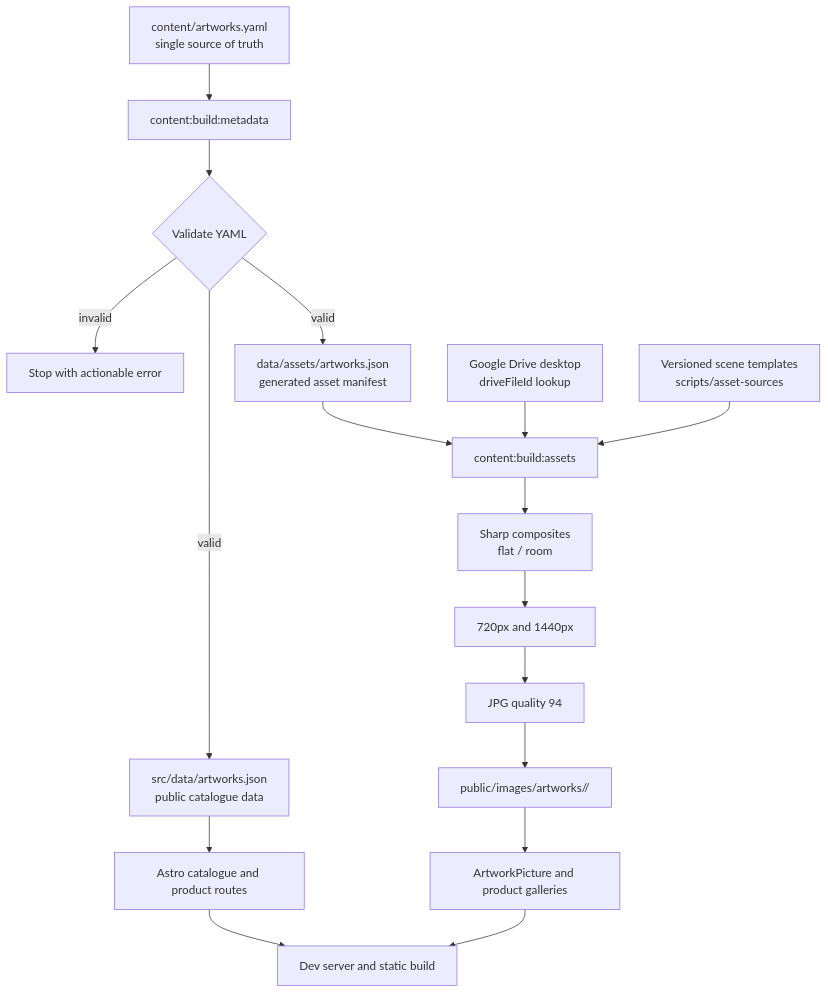
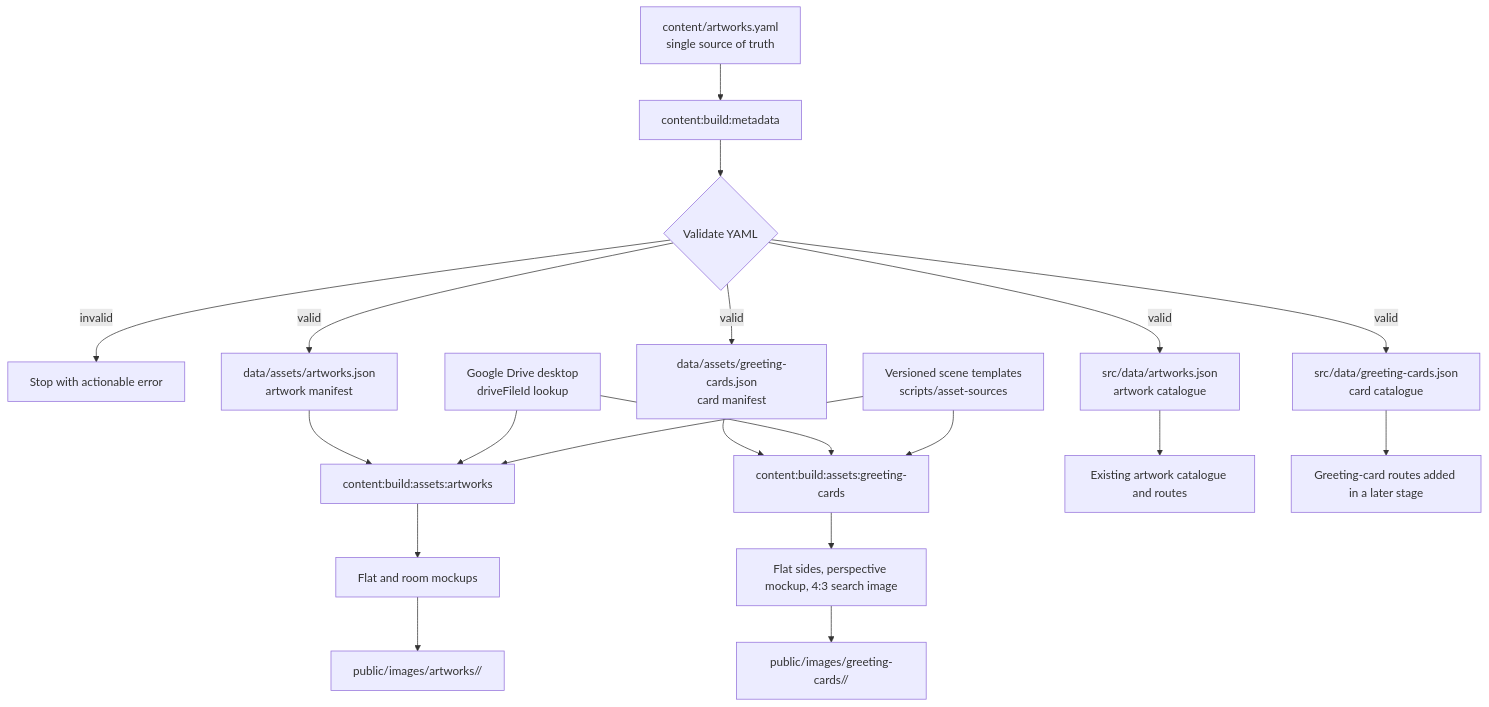
One commit to h-4vok/paper-seal-ecommerce-site changed the diagram in content/WORKFLOW.md. Above: the diagram before and after it, drawn with Mermaid. The commit also changed other lines of this file and 33 other files, not shown here.

Commit message:
feat(cards): add family asset pipeline

````diff
--- a/content/WORKFLOW.md
+++ b/content/WORKFLOW.md
@@ -16,21 +17,24 @@
 ```mermaid
 flowchart TD
     A[content/artworks.yaml<br/>single source of truth] --> B[content:build:metadata]
     B --> C{Validate YAML}
     C -->|invalid| D[Stop with actionable error]
-    C -->|valid| E[src/data/artworks.json<br/>public catalogue data]
-    C -->|valid| F[data/assets/artworks.json<br/>generated asset manifest]
+    C -->|valid| E[src/data/artworks.json<br/>artwork catalogue]
+    C -->|valid| F[src/data/greeting-cards.json<br/>card catalogue]
+    C -->|valid| G[data/assets/artworks.json<br/>artwork manifest]
+    C -->|valid| H[data/assets/greeting-cards.json<br/>card manifest]
 
-    F --> G[content:build:assets]
-    H[Google Drive desktop<br/>driveFileId lookup] --> G
-    I[Versioned scene templates<br/>scripts/asset-sources] --> G
-    G --> J[Sharp composites<br/>flat / room]
-    J --> K[720px and 1440px]
-    K --> L[JPG quality 94]
-    L --> M[public/images/artworks/<assetBase>/]
+    G --> I[content:build:assets:artworks]
+    H --> J[content:build:assets:greeting-cards]
+    K[Google Drive desktop<br/>driveFileId lookup] --> I
+    K --> J
+    L[Versioned scene templates<br/>scripts/asset-sources] --> I
+    L --> J
+    I --> M[Flat and room mockups]
+    J --> N[Flat sides, perspective mockup, 4:3 search image]
+    M --> O[public/images/artworks/<assetBase>/]
+    N --> P[public/images/greeting-cards/<assetBase>/]
 
-    E --> N[Astro catalogue and product routes]
-    M --> O[ArtworkPicture and product galleries]
-    N --> P[Dev server and static build]
-    O --> P
+    E --> Q[Existing artwork catalogue and routes]
+    F --> R[Greeting-card routes added in a later stage]
 ```
````
